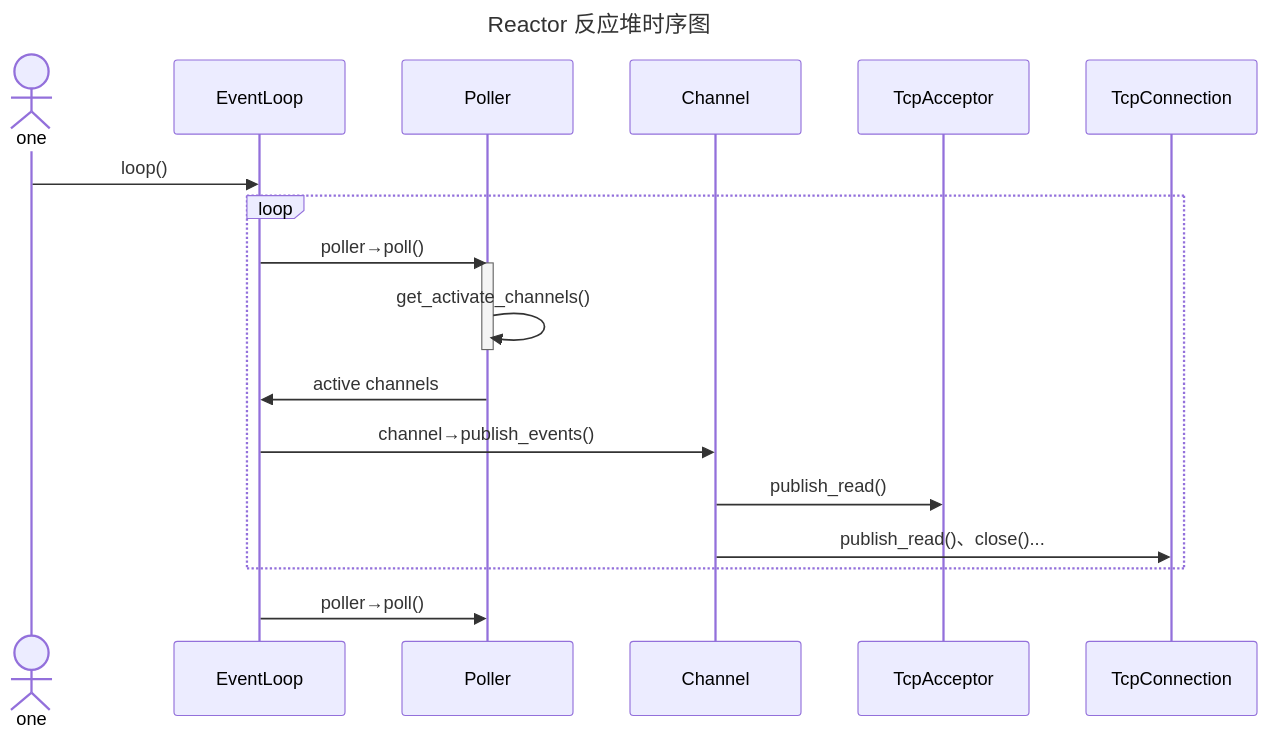
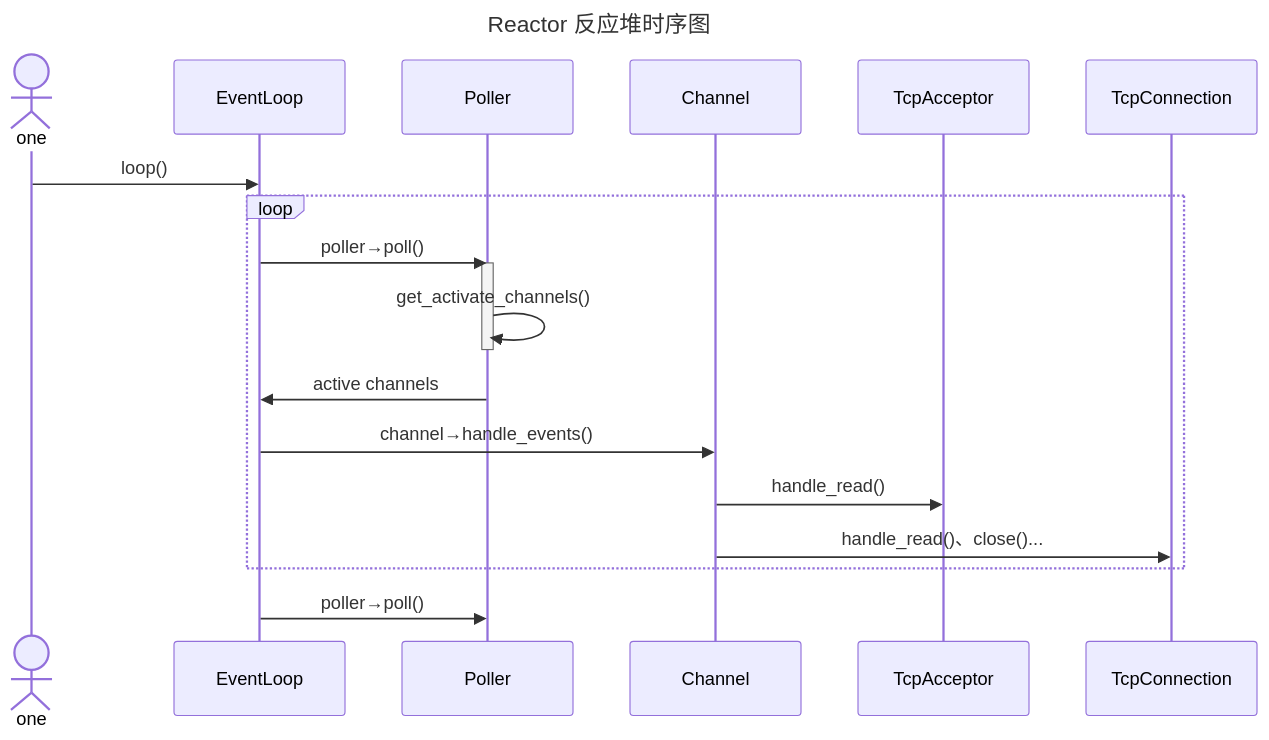
One commit to WenXingming/Tudou changed the third of 4 diagrams in README.md. Above: the diagram before and after it, drawn with Mermaid. The commit also changed other lines of this file and 14 other files, not shown here.

````diff
--- a/README.md
+++ b/README.md
@@ -183,53 +183,53 @@
 ```mermaid
 
 %% %% 示例：在代码块顶部配置主题变量
 %% %%{init: {'theme':'forest'}}%%
 %% sequenceDiagram
 
 %%     participant EventLoop
 %%     participant Poller
 %%     participant Channel
 %%     participant TcpAcceptor
 %%     participant TcpConnection
 	
 %% 	EventLoop->>Poller: 使用 poller 监听发生事件的 channels
 %% 	Poller->>EventLoop: 返回发生事件的 channels 给 eventLoop
 %% 	EventLoop->>Channel: eventloop 通知 channel 处理回调
 %% 	Channel->> TcpAcceptor: 根据事件进行回调
 %% 	Channel->> TcpConnection: 根据事件进行回调
 %% 	EventLoop->>Poller: 使用 poller 监听发生事件的 channels
 
 %%{init: {
     "theme": "default",
     "themeVariables": {
         "fontFamily": "Times New Roman",
         "fontSize": "20px"
     }
 }}%%
 
 sequenceDiagram
     title Reactor 反应堆时序图
     
     actor one
     participant EventLoop
     participant Poller
     participant Channel
     participant TcpAcceptor
     participant TcpConnection
 	
     one ->> EventLoop: loop()
     loop
 	EventLoop->>Poller: poller→poll()
 
     activate Poller
     Poller->>Poller: get_activate_channels()
     deactivate Poller
     
     Poller->>EventLoop: active channels
-	EventLoop->>Channel: channel→publish_events()
-	Channel->> TcpAcceptor: publish_read()
-	Channel->> TcpConnection: publish_read()、close()...
+	EventLoop->>Channel: channel→handle_events()
+	Channel->> TcpAcceptor: handle_read()
+	Channel->> TcpConnection: handle_read()、close()...
     end
 	EventLoop->>Poller: poller→poll()
 
 ```
````
